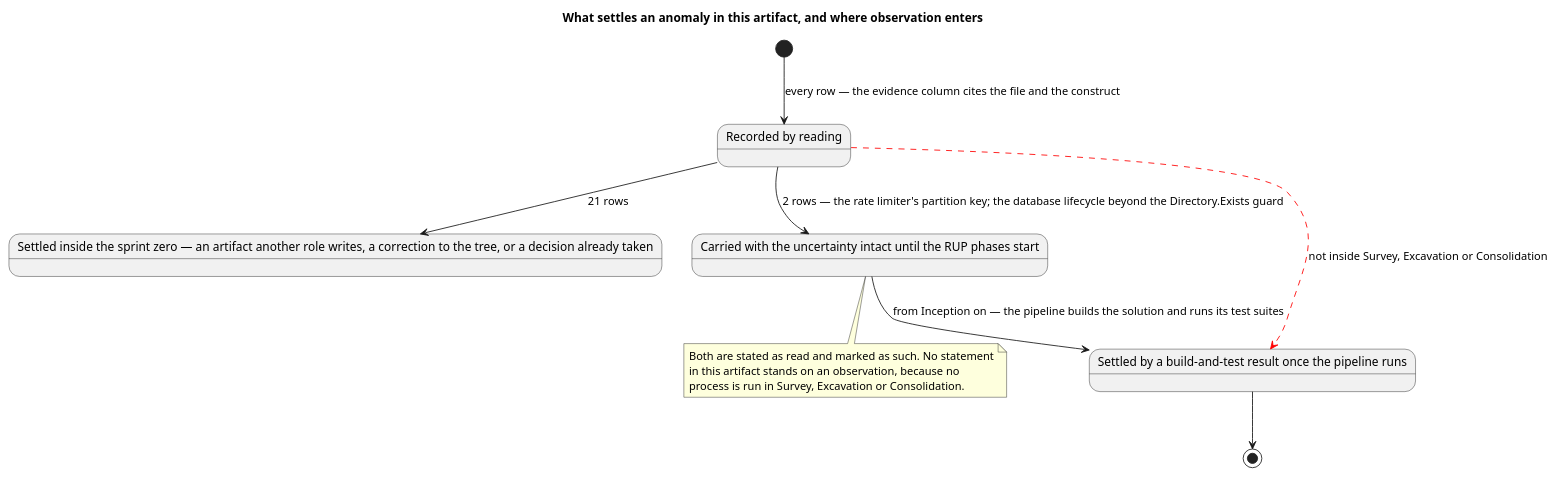
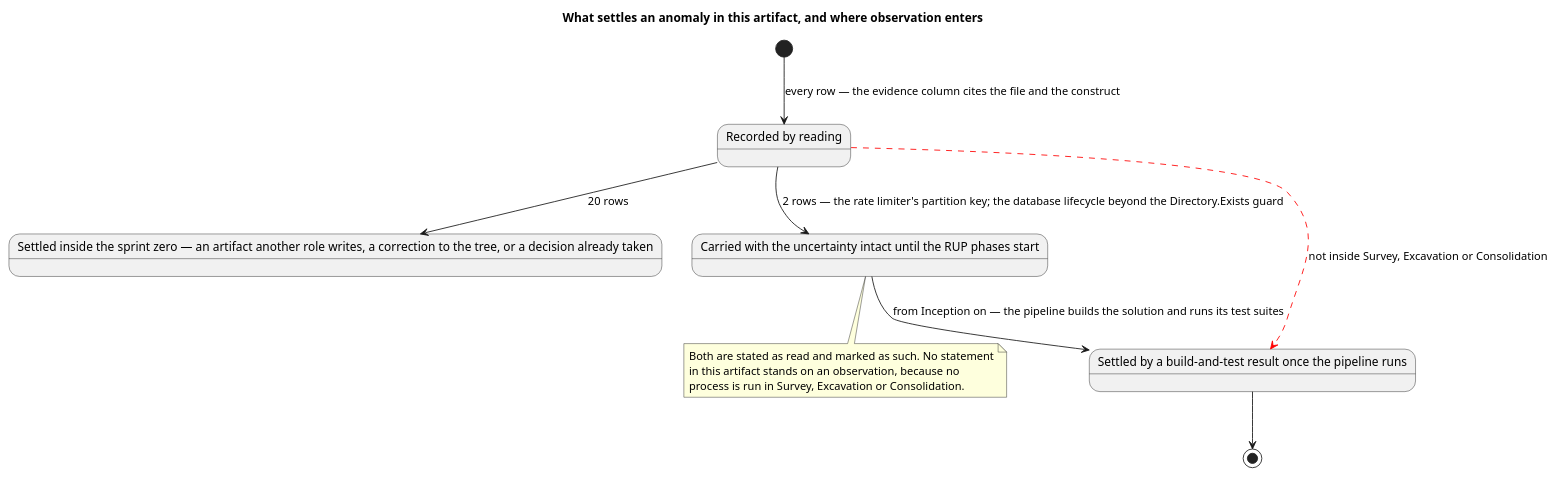
The fifth of 7 diagrams in docs/artifacts/discovery/system-inventory.md (banense-test/TodoApp), drawn with PlantUML before and after one commit. The commit also changed other lines of this file, not shown here.

Commit message:
Software Archaeologist [Survey3]: upsert System Inventory
[skip ci]

````diff
--- a/docs/artifacts/discovery/system-inventory.md
+++ b/docs/artifacts/discovery/system-inventory.md
@@ -639,24 +639,24 @@
 ```plantuml
 @startuml
 title What settles an anomaly in this artifact, and where observation enters
 skinparam shadowing false
 
 state "Recorded by reading" as R
 state "Settled inside the sprint zero — an artifact another role writes, a correction to the tree, or a decision already taken" as A
 state "Carried with the uncertainty intact until the RUP phases start" as C
 state "Settled by a build-and-test result once the pipeline runs" as O
 
 [*] --> R : every row — the evidence column cites the file and the construct
-R --> A : 21 rows
+R --> A : 20 rows
 R --> C : 2 rows — the rate limiter's partition key; the database lifecycle beyond the Directory.Exists guard
 C --> O : from Inception on — the pipeline builds the solution and runs its test suites
 O --> [*]
 R -[#red,dashed]-> O : not inside Survey, Excavation or Consolidation
 
 note bottom of C
   Both are stated as read and marked as such. No statement
   in this artifact stands on an observation, because no
   process is run in Survey, Excavation or Consolidation.
 end note
 @enduml
 ```
````
